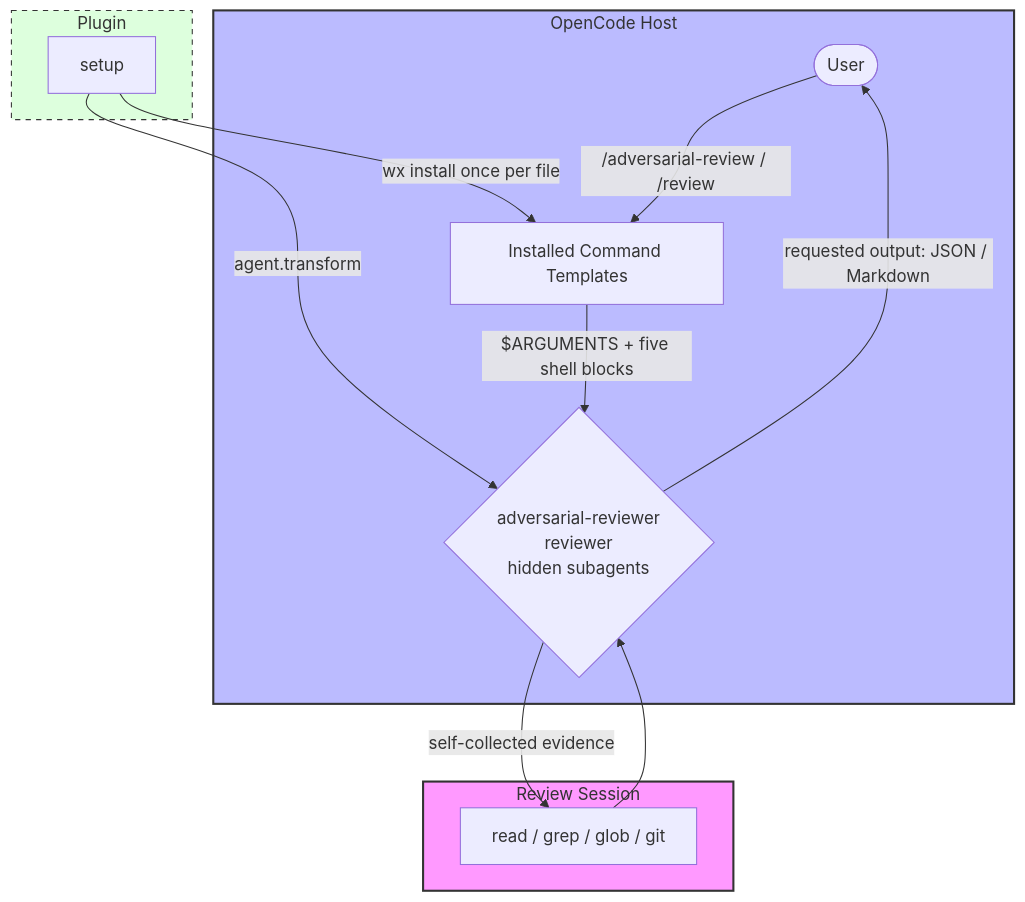
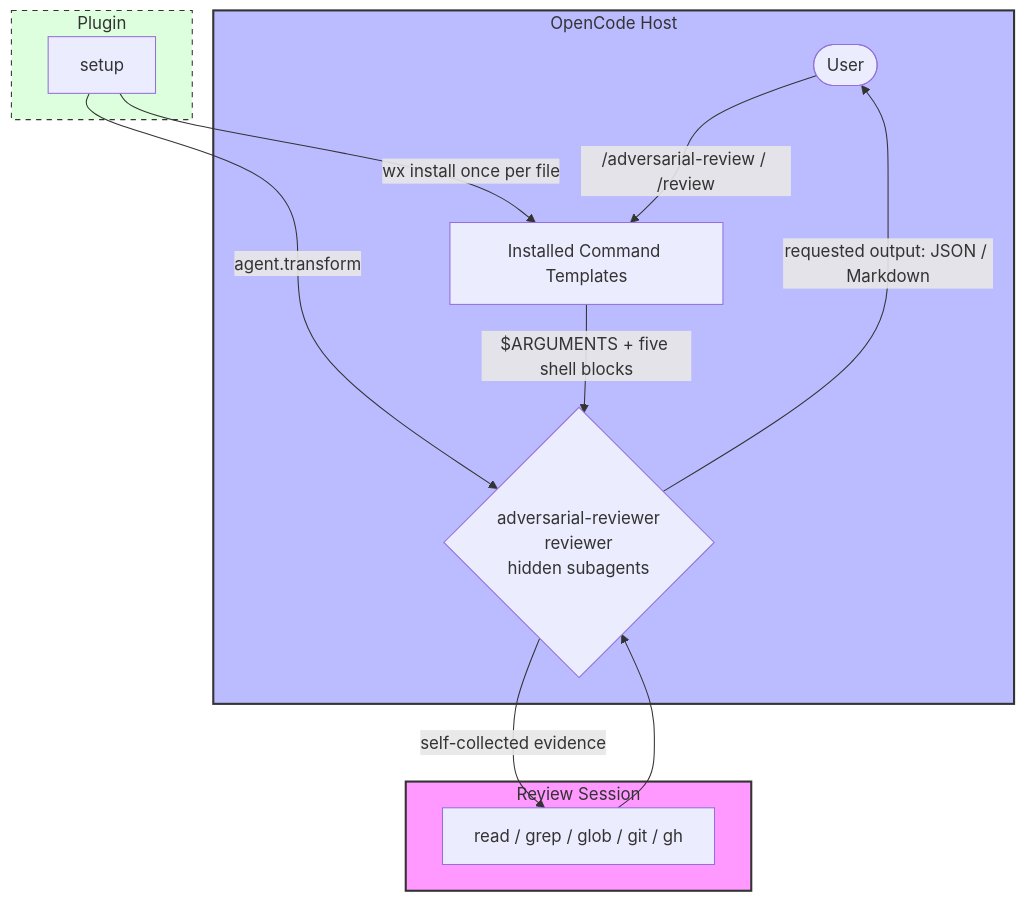
The diagram in packages/opencode-adversarial-review/README.md (capyBearista/opencode-plugins), drawn with Mermaid before and after one commit. The commit also changed other lines of this file and 9 other files, not shown here.

````diff
--- a/packages/opencode-adversarial-review/README.md
+++ b/packages/opencode-adversarial-review/README.md
@@ -29,26 +29,26 @@
 ```mermaid
 graph TB
     subgraph Host [OpenCode Host]
         User([User]) -->|"/adversarial-review / /review"| Command[Installed Command Templates]
         Command -->|"$ARGUMENTS + five shell blocks"| Reviewer
     end
 
     subgraph Plugin [Plugin]
         Setup[setup] -->|agent.transform| Reviewer{"adversarial-reviewer<br/>reviewer<br/>hidden subagents"}
         Setup -->|"wx install once per file"| Command
     end
 
     subgraph Review [Review Session]
-        Reviewer -->|self-collected evidence| Tools[read / grep / glob / git]
+        Reviewer -->|self-collected evidence| Tools[read / grep / glob / git / gh]
         Tools --> Reviewer
         Reviewer -->|"requested output: JSON / Markdown"| User
     end
 
     classDef host fill:#bbf,stroke:#333,stroke-width:2px;
     classDef plugin fill:#dfd,stroke:#333,stroke-width:1px,stroke-dasharray: 5 5;
     classDef adversary fill:#f9f,stroke:#333,stroke-width:2px;
 
     class Host host;
     class Plugin plugin;
     class Review adversary;
 ```
````
